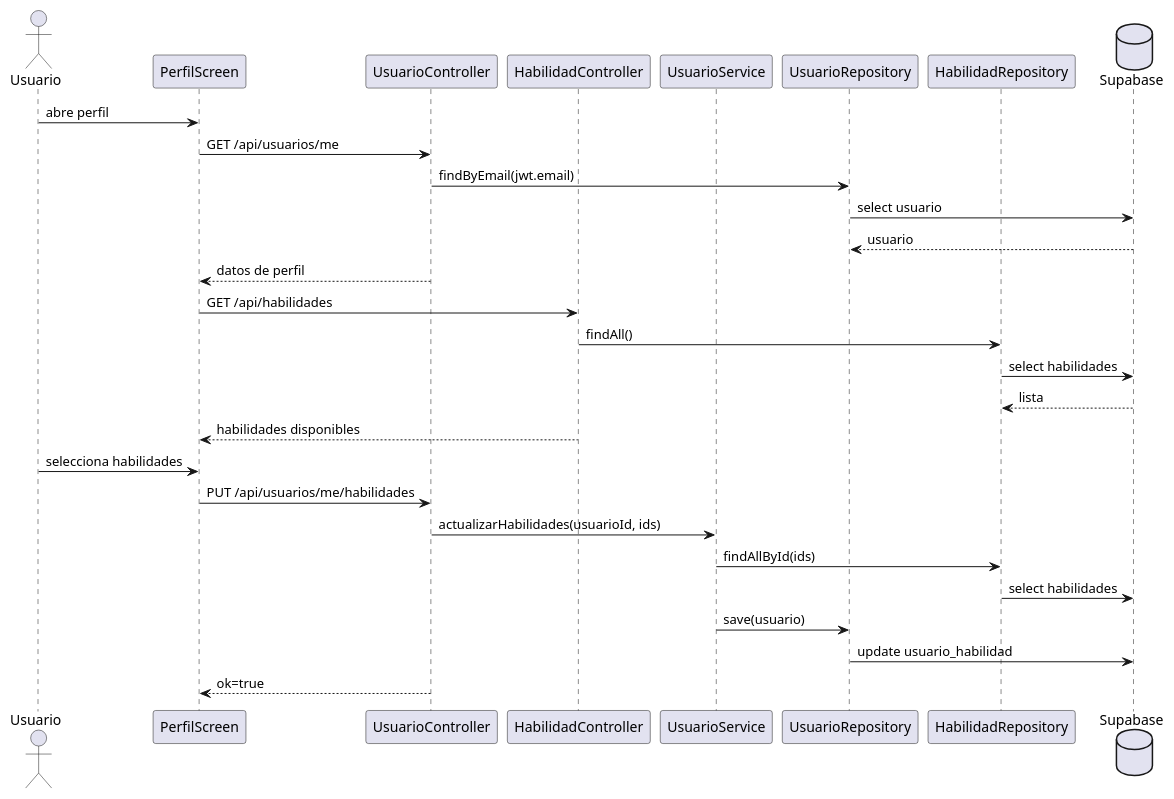
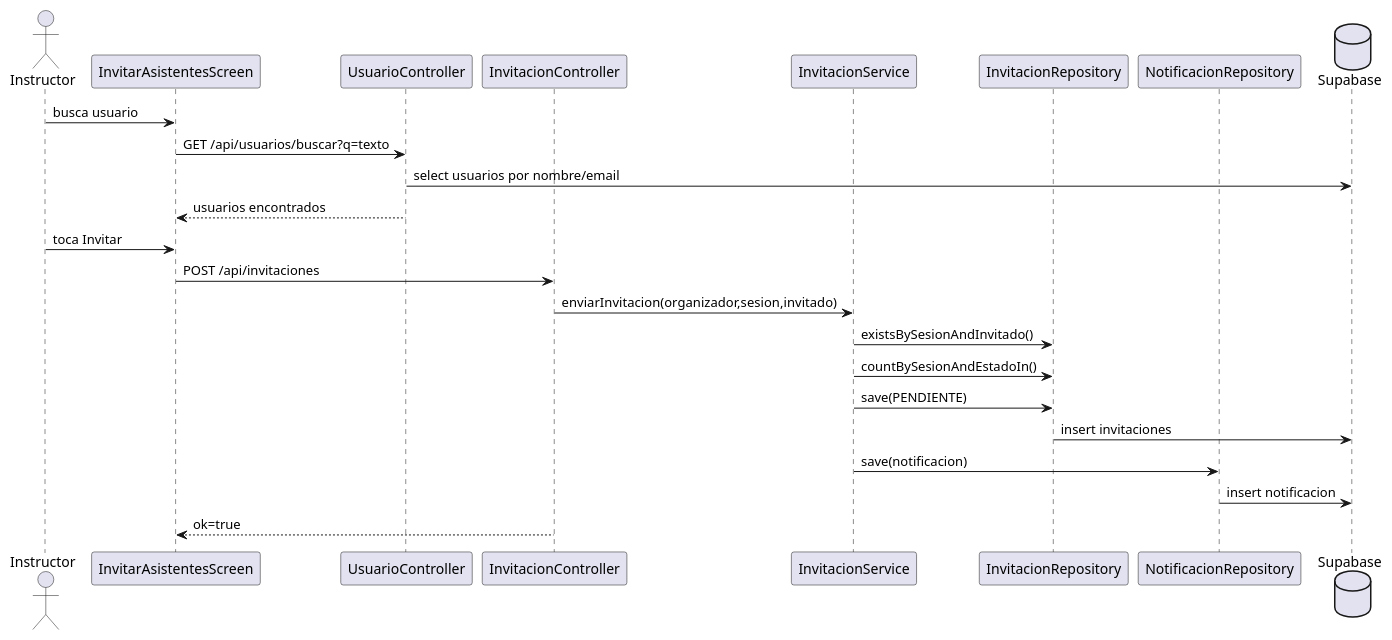
Before and after one commit to GioVxsquez/SkillSharing-IS2: the eighth of 19 diagrams in docs/analisis_release1_y_diagramas.md, drawn with PlantUML. The commit also changed other lines of this file and 3 other files, not shown here.

Commit message:
actualiza frontend y diagramas del release 1

````diff
--- a/docs/analisis_release1_y_diagramas.md
+++ b/docs/analisis_release1_y_diagramas.md
@@ -382,34 +499,28 @@
 ```plantuml
 @startuml
-actor Usuario
-participant "PerfilScreen" as app
-participant "UsuarioController" as usuarios
-participant "HabilidadController" as habCtrl
-participant "UsuarioService" as service
-participant "UsuarioRepository" as userRepo
-participant "HabilidadRepository" as habRepo
+actor Instructor
+participant "InvitarAsistentesScreen" as app
+participant "UsuarioController" as userCtrl
+participant "InvitacionController" as invCtrl
+participant "InvitacionService" as service
+participant "InvitacionRepository" as repo
+participant "NotificacionRepository" as notifRepo
 database "Supabase" as db
 
-Usuario -> app : abre perfil
-app -> usuarios : GET /api/usuarios/me
-usuarios -> userRepo : findByEmail(jwt.email)
-userRepo -> db : select usuario
-db --> userRepo : usuario
-usuarios --> app : datos de perfil
+Instructor -> app : busca usuario
+app -> userCtrl : GET /api/usuarios/buscar?q=texto
+userCtrl -> db : select usuarios por nombre/email
+userCtrl --> app : usuarios encontrados
 
-app -> habCtrl : GET /api/habilidades
-habCtrl -> habRepo : findAll()
-habRepo -> db : select habilidades
-db --> habRepo : lista
-habCtrl --> app : habilidades disponibles
-
-Usuario -> app : selecciona habilidades
-app -> usuarios : PUT /api/usuarios/me/habilidades
-usuarios -> service : actualizarHabilidades(usuarioId, ids)
-service -> habRepo : findAllById(ids)
-habRepo -> db : select habilidades
-service -> userRepo : save(usuario)
-userRepo -> db : update usuario_habilidad
-usuarios --> app : ok=true
+Instructor -> app : toca Invitar
+app -> invCtrl : POST /api/invitaciones
+invCtrl -> service : enviarInvitacion(organizador,sesion,invitado)
+service -> repo : existsBySesionAndInvitado()
+service -> repo : countBySesionAndEstadoIn()
+service -> repo : save(PENDIENTE)
+repo -> db : insert invitaciones
+service -> notifRepo : save(notificacion)
+notifRepo -> db : insert notificacion
+invCtrl --> app : ok=true
 @enduml
 ```
````
